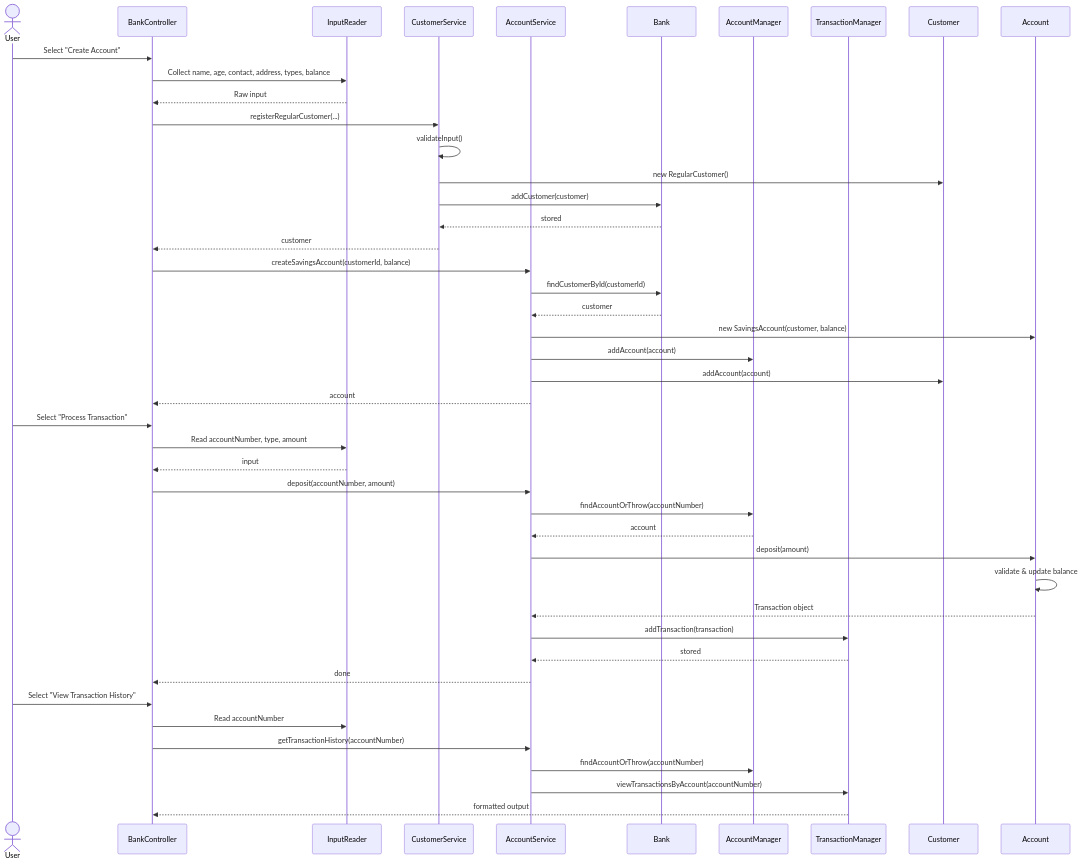
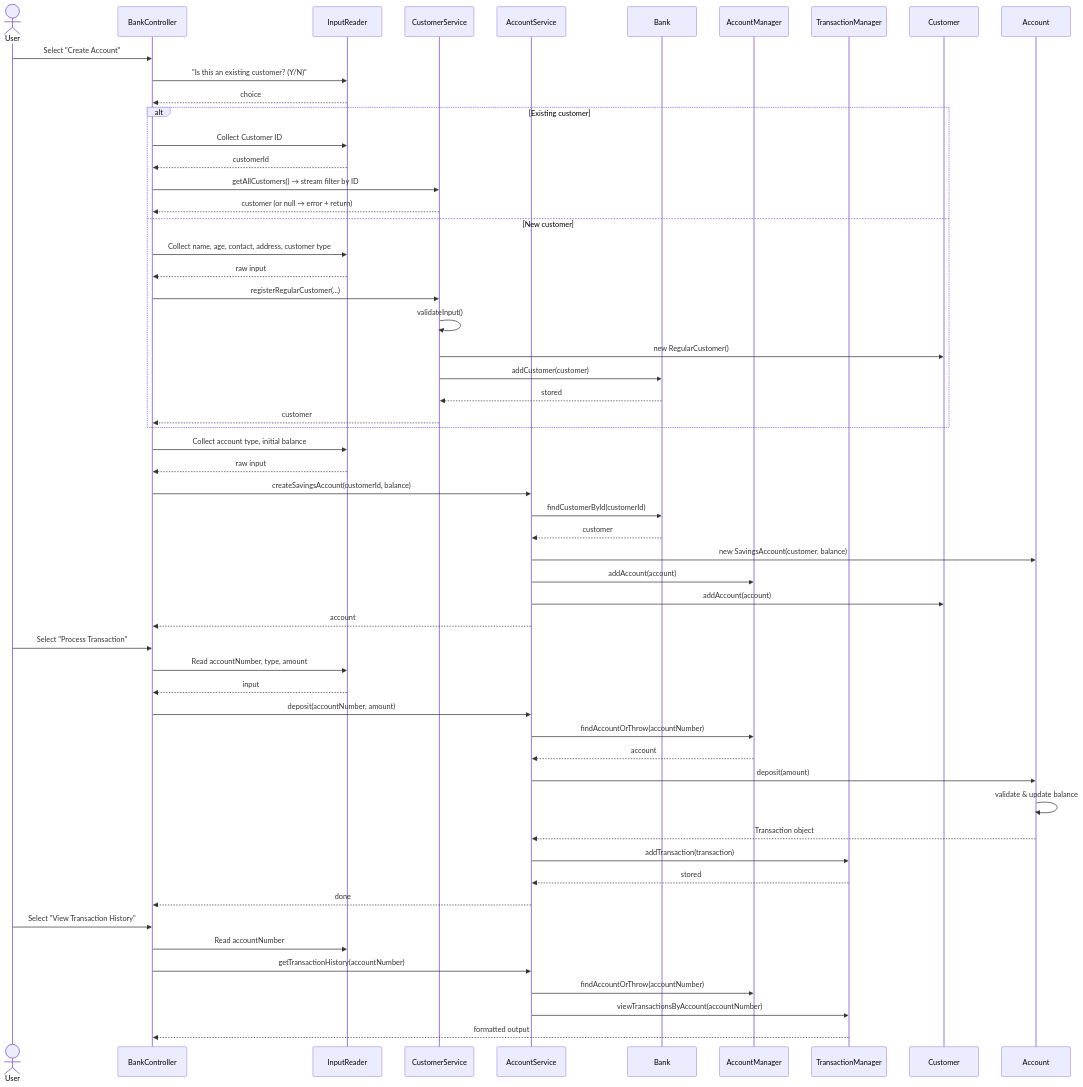
One commit to nellybutera/bank-management-system changed the diagram in architecture.md. Above: the diagram before and after it, drawn with Mermaid. The commit also changed other lines of this file and 9 other files, not shown here.

Commit message:
Fixed design flow: allowing multiple accounts per customer

````diff
--- a/architecture.md
+++ b/architecture.md
@@ -275,54 +287,66 @@
 ```mermaid
 sequenceDiagram
     actor User
     participant BC as BankController
     participant IR as InputReader
     participant CS as CustomerService
     participant AS as AccountService
     participant B  as Bank
     participant AM as AccountManager
     participant TM as TransactionManager
     participant C  as Customer
     participant Acc as Account
 
     %% --- Account Creation ---
     User->>BC: Select "Create Account"
-    BC->>IR: Collect name, age, contact, address, types, balance
-    IR-->>BC: Raw input
-    BC->>CS: registerRegularCustomer(...)
-    CS->>CS: validateInput()
-    CS->>C: new RegularCustomer()
-    CS->>B: addCustomer(customer)
-    B-->>CS: stored
-    CS-->>BC: customer
+    BC->>IR: "Is this an existing customer? (Y/N)"
+    IR-->>BC: choice
 
+    alt Existing customer
+        BC->>IR: Collect Customer ID
+        IR-->>BC: customerId
+        BC->>CS: getAllCustomers() → stream filter by ID
+        CS-->>BC: customer (or null → error + return)
+    else New customer
+        BC->>IR: Collect name, age, contact, address, customer type
+        IR-->>BC: raw input
+        BC->>CS: registerRegularCustomer(...)
+        CS->>CS: validateInput()
+        CS->>C: new RegularCustomer()
+        CS->>B: addCustomer(customer)
+        B-->>CS: stored
+        CS-->>BC: customer
+    end
+
+    BC->>IR: Collect account type, initial balance
+    IR-->>BC: raw input
     BC->>AS: createSavingsAccount(customerId, balance)
     AS->>B: findCustomerById(customerId)
     B-->>AS: customer
     AS->>Acc: new SavingsAccount(customer, balance)
     AS->>AM: addAccount(account)
     AS->>C: addAccount(account)
     AS-->>BC: account
 
     %% --- Financial Transaction ---
     User->>BC: Select "Process Transaction"
     BC->>IR: Read accountNumber, type, amount
     IR-->>BC: input
     BC->>AS: deposit(accountNumber, amount)
     AS->>AM: findAccountOrThrow(accountNumber)
     AM-->>AS: account
     AS->>Acc: deposit(amount)
     Acc->>Acc: validate & update balance
     Acc-->>AS: Transaction object
     AS->>TM: addTransaction(transaction)
     TM-->>AS: stored
     AS-->>BC: done
 
     %% --- View History ---
     User->>BC: Select "View Transaction History"
     BC->>IR: Read accountNumber
     BC->>AS: getTransactionHistory(accountNumber)
     AS->>AM: findAccountOrThrow(accountNumber)
     AS->>TM: viewTransactionsByAccount(accountNumber)
     TM-->>BC: formatted output
 ```
````
